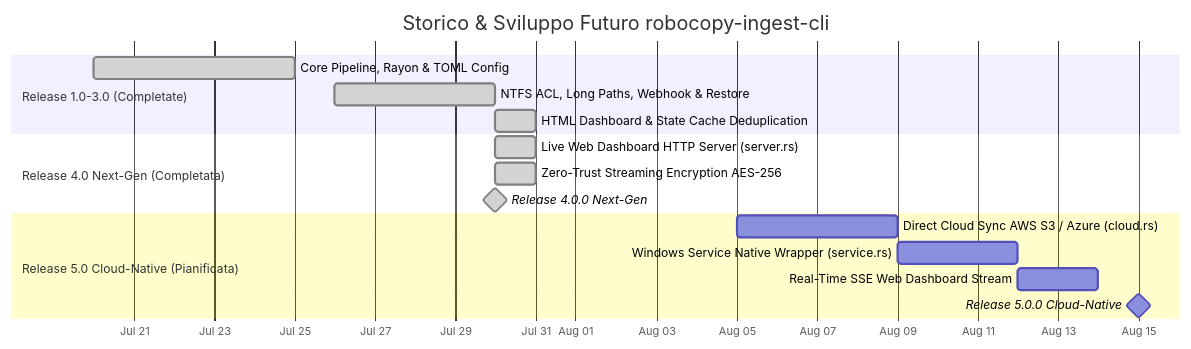
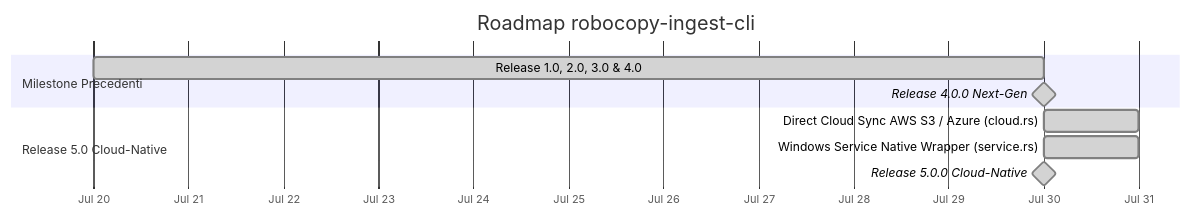
The diagram in ROADMAP.md (matrixNeo76/rustcopy), drawn with Mermaid before and after one commit. The commit also changed other lines of this file and 6 other files, not shown here.

Commit message:
Implement v5.0 Cloud-Native features: Direct Cloud Sync, Windows Service integration, and 123 verified tests

````diff
--- a/ROADMAP.md
+++ b/ROADMAP.md
@@ -9,22 +9,15 @@
 ```mermaid
 gantt
-    title Storico & Sviluppo Futuro robocopy-ingest-cli
+    title Roadmap robocopy-ingest-cli
     dateFormat YYYY-MM-DD
     axisFormat %b %d
 
-    section Release 1.0-3.0 (Completate)
-    Core Pipeline, Rayon & TOML Config         :done, f1, 2026-07-20, 5d
-    NTFS ACL, Long Paths, Webhook & Restore     :done, f2, 2026-07-26, 4d
-    HTML Dashboard & State Cache Deduplication  :done, f3, 2026-07-30, 1d
+    section Milestone Precedenti
+    Release 1.0, 2.0, 3.0 & 4.0                    :done, f1, 2026-07-20, 10d
+    Release 4.0.0 Next-Gen                         :done, milestone, 2026-07-30, 0d
 
-    section Release 4.0 Next-Gen (Completata)
-    Live Web Dashboard HTTP Server (server.rs)  :done, f14, 2026-07-30, 1d
-    Zero-Trust Streaming Encryption AES-256     :done, f15, 2026-07-30, 1d
-    Release 4.0.0 Next-Gen                      :done, milestone, 2026-07-30, 0d
-
-    section Release 5.0 Cloud-Native (Pianificata)
-    Direct Cloud Sync AWS S3 / Azure (cloud.rs) :f18, 2026-08-05, 4d
-    Windows Service Native Wrapper (service.rs) :f19, 2026-08-09, 3d
-    Real-Time SSE Web Dashboard Stream          :f20, 2026-08-12, 2d
-    Release 5.0.0 Cloud-Native                  :milestone, 2026-08-15, 0d
+    section Release 5.0 Cloud-Native
+    Direct Cloud Sync AWS S3 / Azure (cloud.rs)   :done, f18, 2026-07-30, 1d
+    Windows Service Native Wrapper (service.rs)   :done, f19, 2026-07-30, 1d
+    Release 5.0.0 Cloud-Native                    :done, milestone, 2026-07-30, 0d
 ```
````
